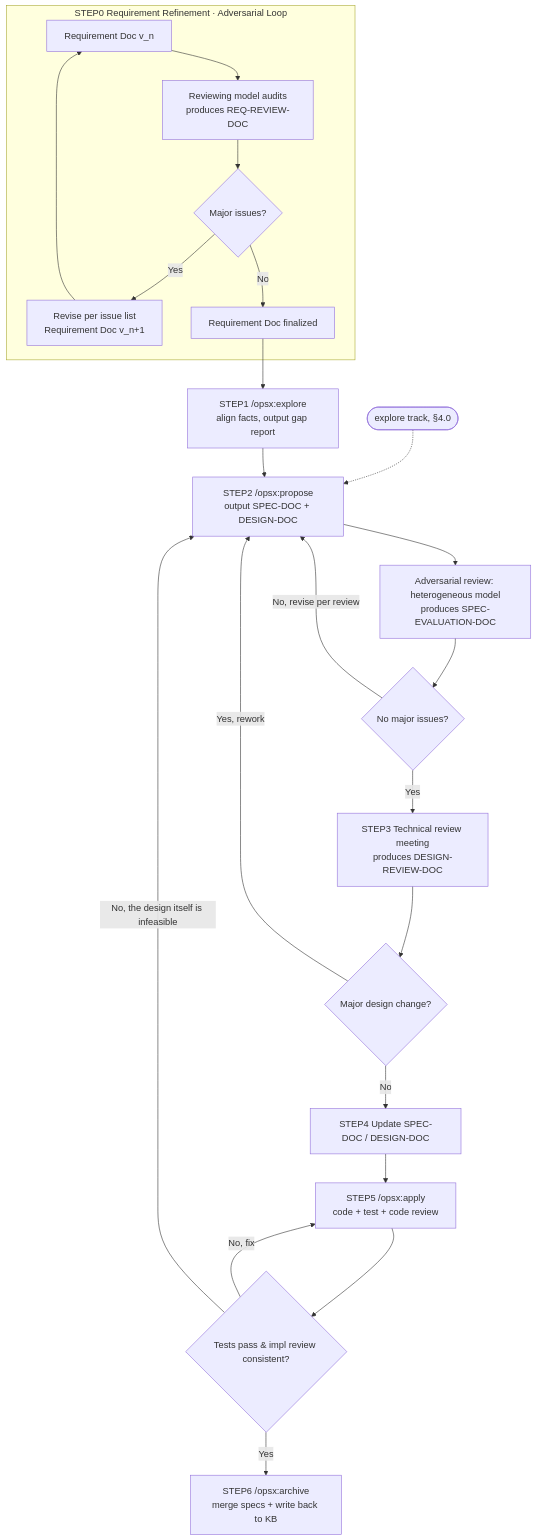
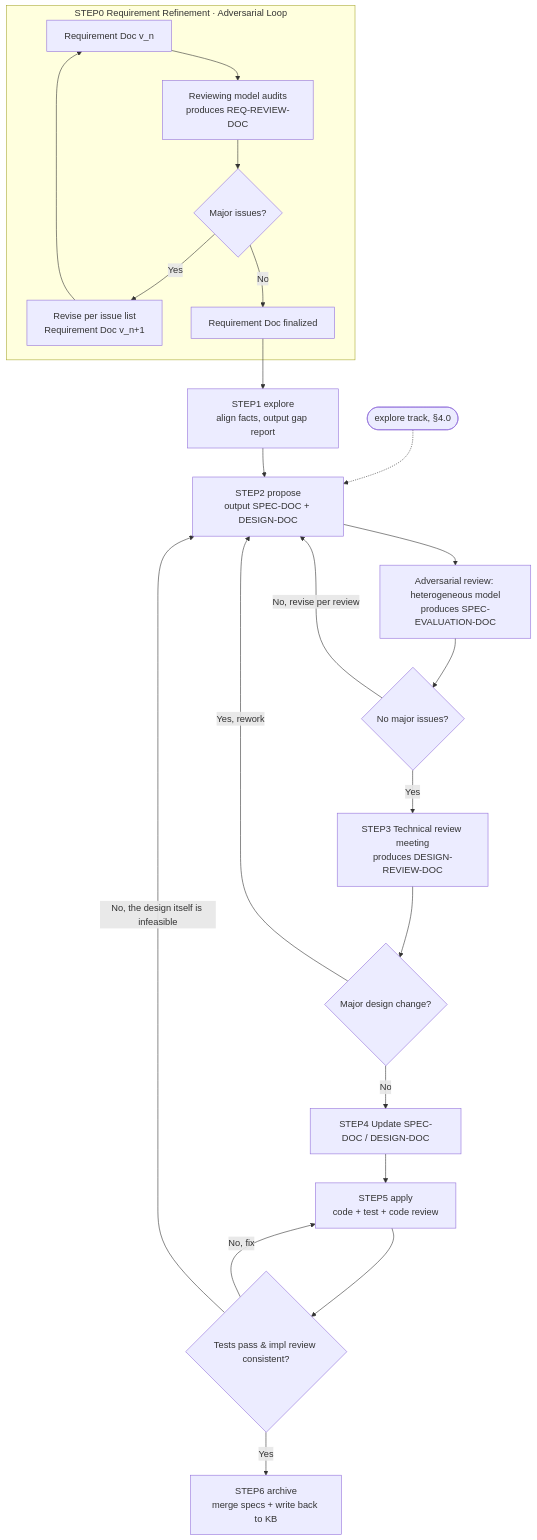
The second of 3 diagrams in README.md (Apriorhythm/apriori-spec-development), drawn with Mermaid before and after one commit. The commit also changed other lines of this file and 3 other files, not shown here.

````diff
--- a/README.md
+++ b/README.md
@@ -368,29 +370,28 @@
 ```mermaid
 graph TD
-    %% interface actions shown by their adapter commands (/opsx:*)
     X0([explore track, §4.0]) -.-> C
     subgraph S0[STEP0 Requirement Refinement · Adversarial Loop]
         A1[Requirement Doc v_n] --> A2[Reviewing model audits<br/>produces REQ-REVIEW-DOC]
         A2 --> A3{Major issues?}
         A3 -- Yes --> A4[Revise per issue list<br/>Requirement Doc v_n+1]
         A4 --> A1
         A3 -- No --> A5[Requirement Doc finalized]
     end
 
-    A5 --> B[STEP1 /opsx:explore<br/>align facts, output gap report]
-    B --> C[STEP2 /opsx:propose<br/>output SPEC-DOC + DESIGN-DOC]
+    A5 --> B[STEP1 explore<br/>align facts, output gap report]
+    B --> C[STEP2 propose<br/>output SPEC-DOC + DESIGN-DOC]
 
     C --> D[Adversarial review: heterogeneous model<br/>produces SPEC-EVALUATION-DOC]
     D --> D2{No major issues?}
     D2 -- No, revise per review --> C
 
     D2 -- Yes --> E[STEP3 Technical review meeting<br/>produces DESIGN-REVIEW-DOC]
     E --> F{Major design change?}
     F -- Yes, rework --> C
     F -- No --> G[STEP4 Update SPEC-DOC / DESIGN-DOC]
-    G --> H[STEP5 /opsx:apply<br/>code + test + code review]
+    G --> H[STEP5 apply<br/>code + test + code review]
     H --> H2{Tests pass & impl review consistent?}
     H2 -- No, fix --> H
     H2 -- No, the design itself is infeasible --> C
-    H2 -- Yes --> I[STEP6 /opsx:archive<br/>merge specs + write back to KB]
+    H2 -- Yes --> I[STEP6 archive<br/>merge specs + write back to KB]
 ```
````
